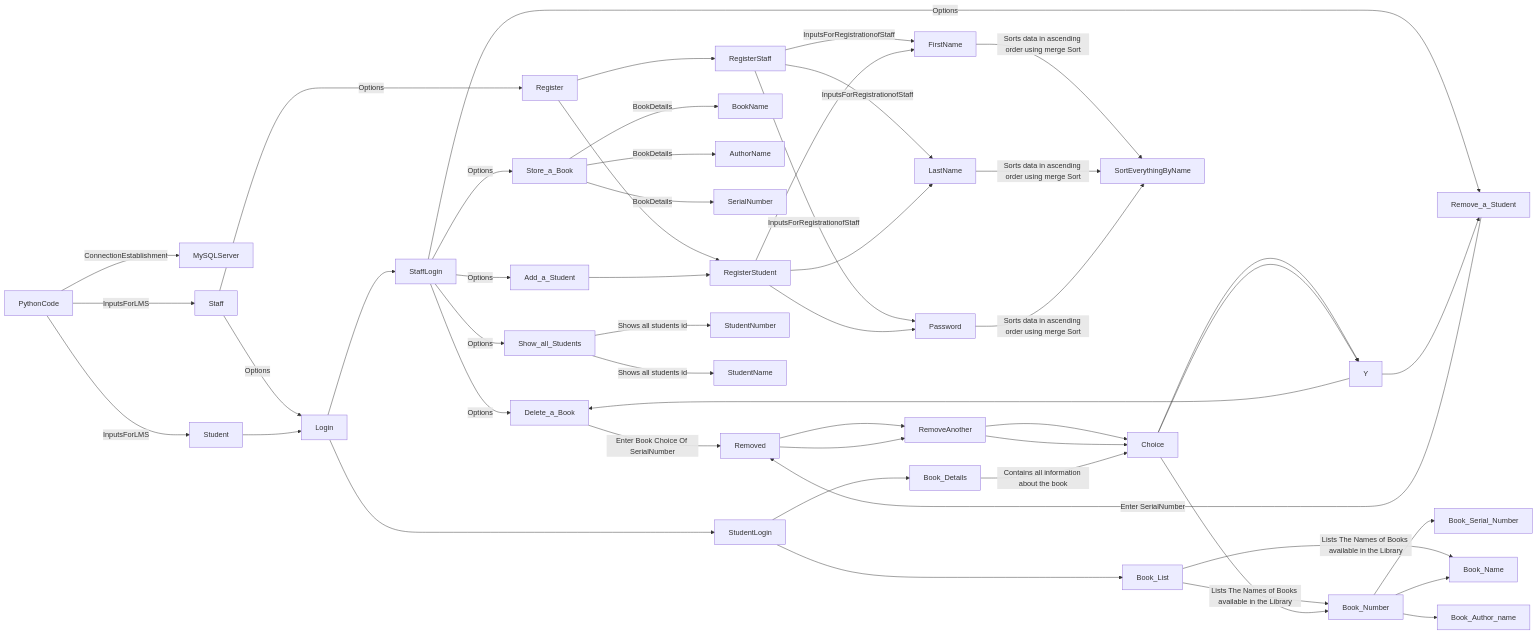
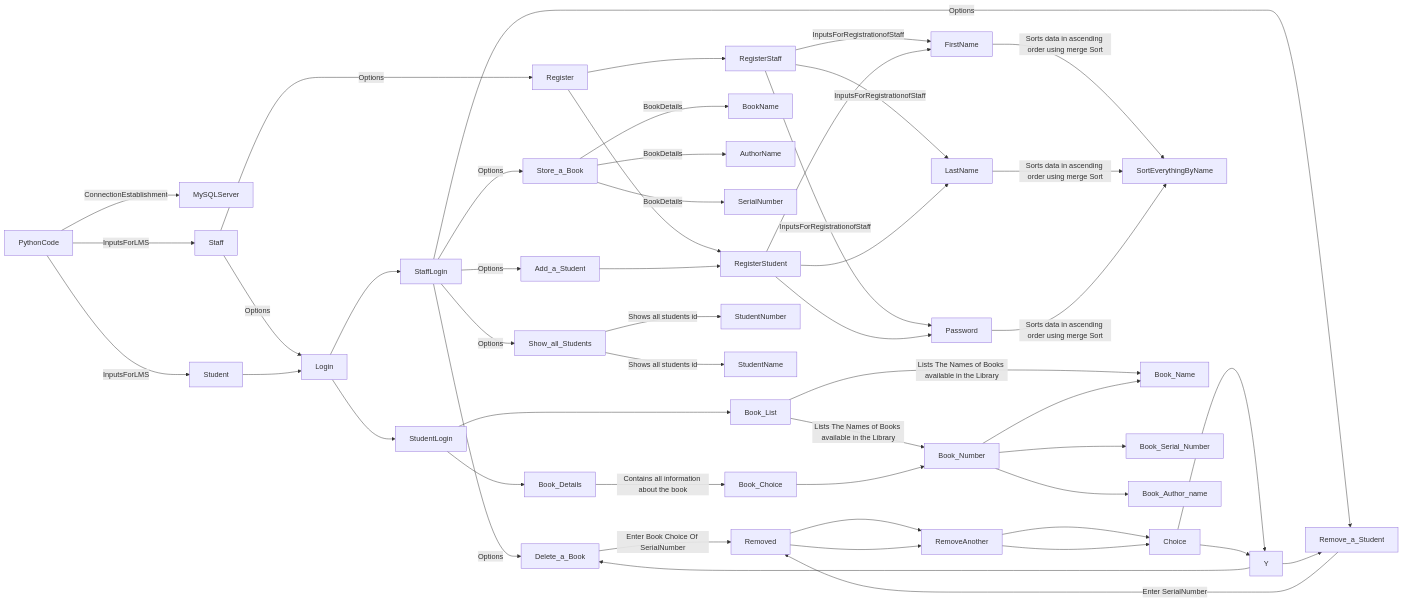
The diagram in README.md (Varun-SV/Library-Management-with-SQl-and-Merge-Sort), drawn with Mermaid before and after one commit.

Commit message:
Redundant choice removed

````diff
--- a/README.md
+++ b/README.md
@@ -27,17 +27,17 @@
 ```mermaid
 graph LR;
     PythonCode -- ConnectionEstablishment --> MySQLServer
     PythonCode -- InputsForLMS --> Staff & Student
     Staff -- Options --> Register & Login 
     Register -->RegisterStaff -- InputsForRegistrationofStaff --> FirstName & LastName & Password
     Register -->RegisterStudent  
     Login --> StaffLogin -- Options --> Store_a_Book & Delete_a_Book & Add_a_Student & Remove_a_Student & Show_all_Students
     Store_a_Book --BookDetails --> BookName & AuthorName & SerialNumber
     Delete_a_Book -- Enter Book Choice Of SerialNumber --> Removed --> RemoveAnother --> Choice --> Y --> Delete_a_Book
     Add_a_Student --> RegisterStudent --> FirstName & LastName & Password -- Sorts data in ascending order using merge Sort --> SortEverythingByName
     Remove_a_Student -- Enter SerialNumber --> Removed --> RemoveAnother --> Choice --> Y --> Remove_a_Student
     Show_all_Students   -- Shows all students id --> StudentNumber & StudentName
     Student --> Login --> StudentLogin --> Book_List & Book_Details
     Book_List -- Lists The Names of Books available in the Library --> Book_Number & Book_Name
-    Book_Details -- Contains all information about the book --> Choice --> Book_Number --> Book_Serial_Number & Book_Name & Book_Author_name
+    Book_Details -- Contains all information about the book --> Book_Choice --> Book_Number --> Book_Serial_Number & Book_Name & Book_Author_name
 ```
````
